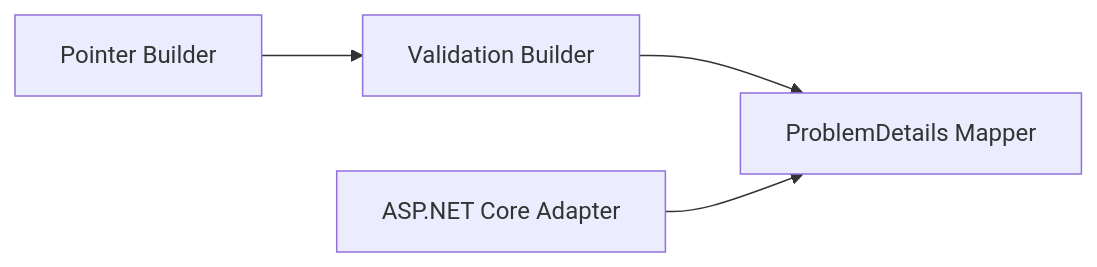
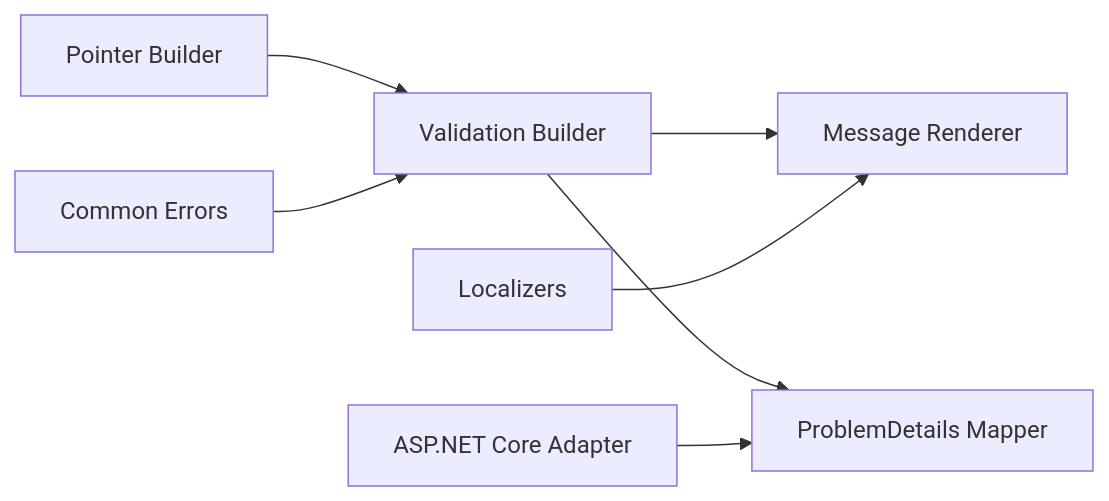
The second of 3 diagrams in docs/DESIGN.md (nefremov/ValidationGuard), drawn with Mermaid before and after one commit. The commit also changed other lines of this file and 98 other files, not shown here.

````diff
--- a/docs/DESIGN.md
+++ b/docs/DESIGN.md
@@ -139,6 +145,9 @@
 ```mermaid
 graph LR
     A[Pointer Builder] --> B[Validation Builder]
+    B --> R[Message Renderer]
+    L[Localizers] --> R
     B --> D[ProblemDetails Mapper]
     E[ASP.NET Core Adapter] --> D
+    C[Common Errors] --> B
 ```
````
